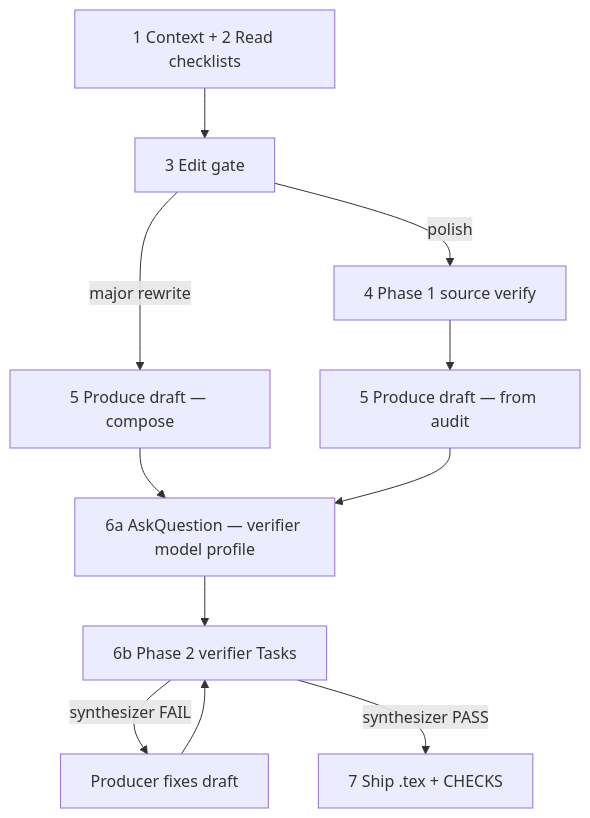
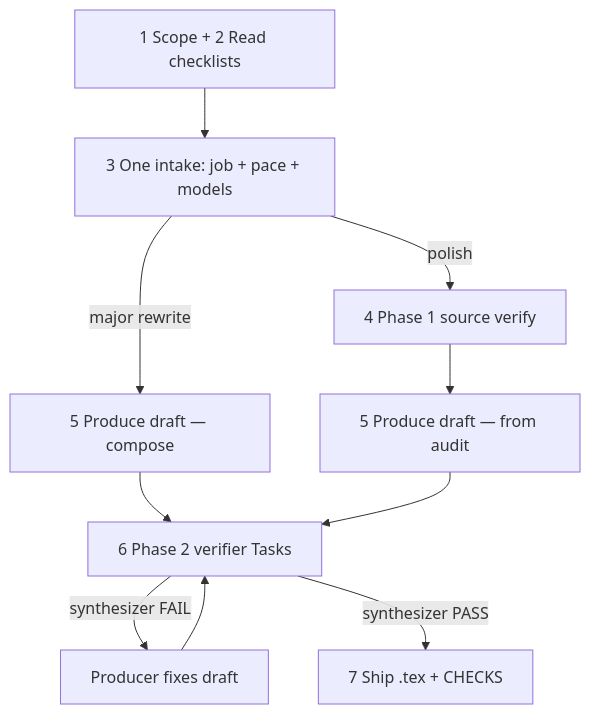
The diagram in SKILL.md (Harrinive/physics-paper-editing), drawn with Mermaid before and after one commit. The commit also changed other lines of this file and 11 other files, not shown here.

````diff
--- a/SKILL.md
+++ b/SKILL.md
@@ -133,13 +142,12 @@
 ```mermaid
 flowchart TD
-    start[1 Context + 2 Read checklists] --> editGate[3 Edit gate]
+    start[1 Scope + 2 Read checklists] --> editGate[3 One intake: job + pace + models]
     editGate -->|major rewrite| produceCompose[5 Produce draft — compose]
     editGate -->|polish| sourceLoop[4 Phase 1 source verify]
     sourceLoop --> produceEdit[5 Produce draft — from audit]
-    produceCompose --> askModels[6a AskQuestion — verifier model profile]
-    produceEdit --> askModels
-    askModels --> verifySuite[6b Phase 2 verifier Tasks]
+    produceCompose --> verifySuite[6 Phase 2 verifier Tasks]
+    produceEdit --> verifySuite
     verifySuite -->|synthesizer FAIL| fixDraft[Producer fixes draft]
     fixDraft --> verifySuite
     verifySuite -->|synthesizer PASS| ship[7 Ship .tex + CHECKS]
 ```
````
